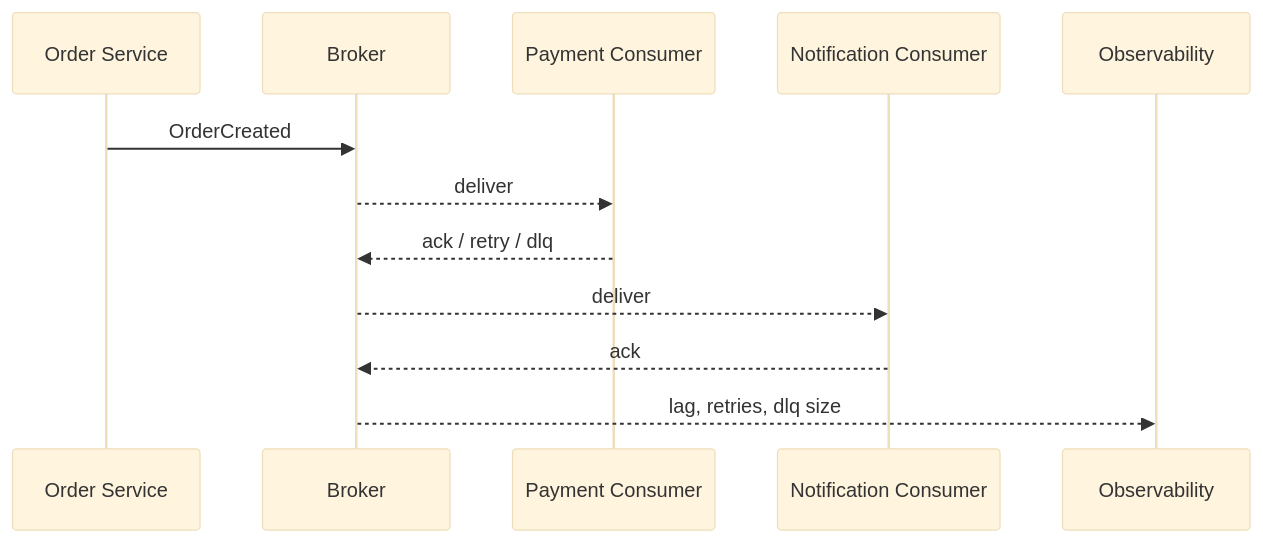
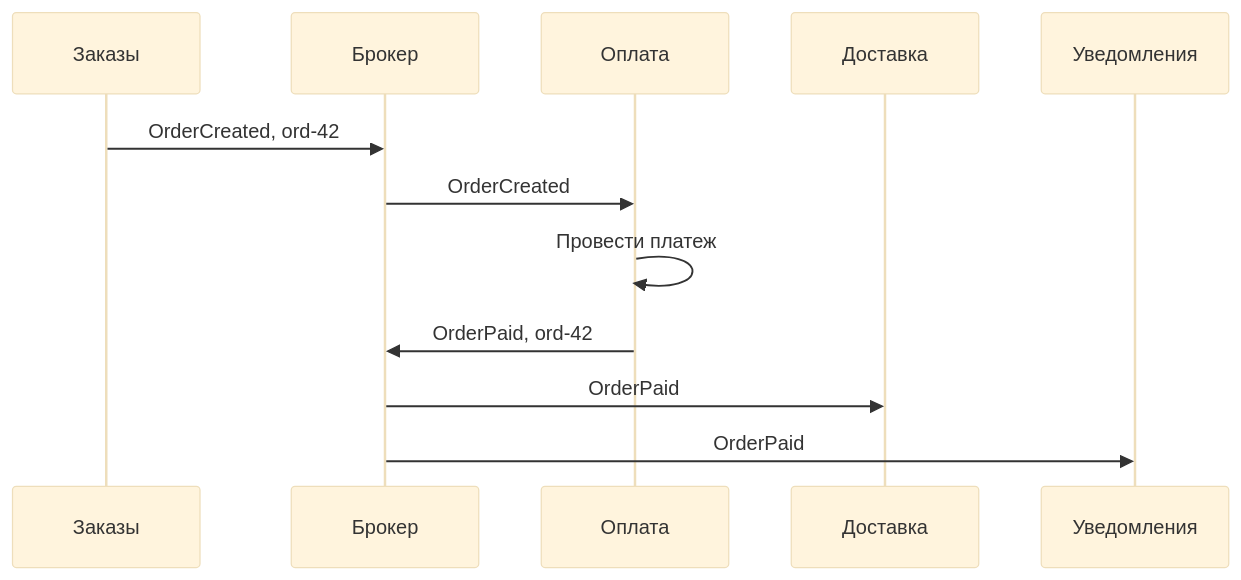
One commit to Kert0n/KPO changed the first of 17 diagrams in content/lectures/Lec11/vitepress.md. Above: the diagram before and after it, drawn with Mermaid (base theme). The commit also changed other lines of this file, not shown here.

````diff
--- a/content/lectures/Lec11/vitepress.md
+++ b/content/lectures/Lec11/vitepress.md
@@ -41,15 +20,14 @@
 ```mermaid
 sequenceDiagram
-    participant Order as Order Service
-    participant Broker as Broker
-    participant Payment as Payment Consumer
-    participant Notify as Notification Consumer
-    participant Ops as Observability
-
-    Order->>Broker: OrderCreated
-    Broker-->>Payment: deliver
-    Payment-->>Broker: ack / retry / dlq
-    Broker-->>Notify: deliver
-    Notify-->>Broker: ack
-    Broker-->>Ops: lag, retries, dlq size
+    participant Orders as Заказы
+    participant Broker as Брокер
+    participant Pay as Оплата
+    participant Ship as Доставка
+    participant Mail as Уведомления
+    Orders->>Broker: OrderCreated, ord-42
+    Broker->>Pay: OrderCreated
+    Pay->>Pay: Провести платеж
+    Pay->>Broker: OrderPaid, ord-42
+    Broker->>Ship: OrderPaid
+    Broker->>Mail: OrderPaid
 ```
````
